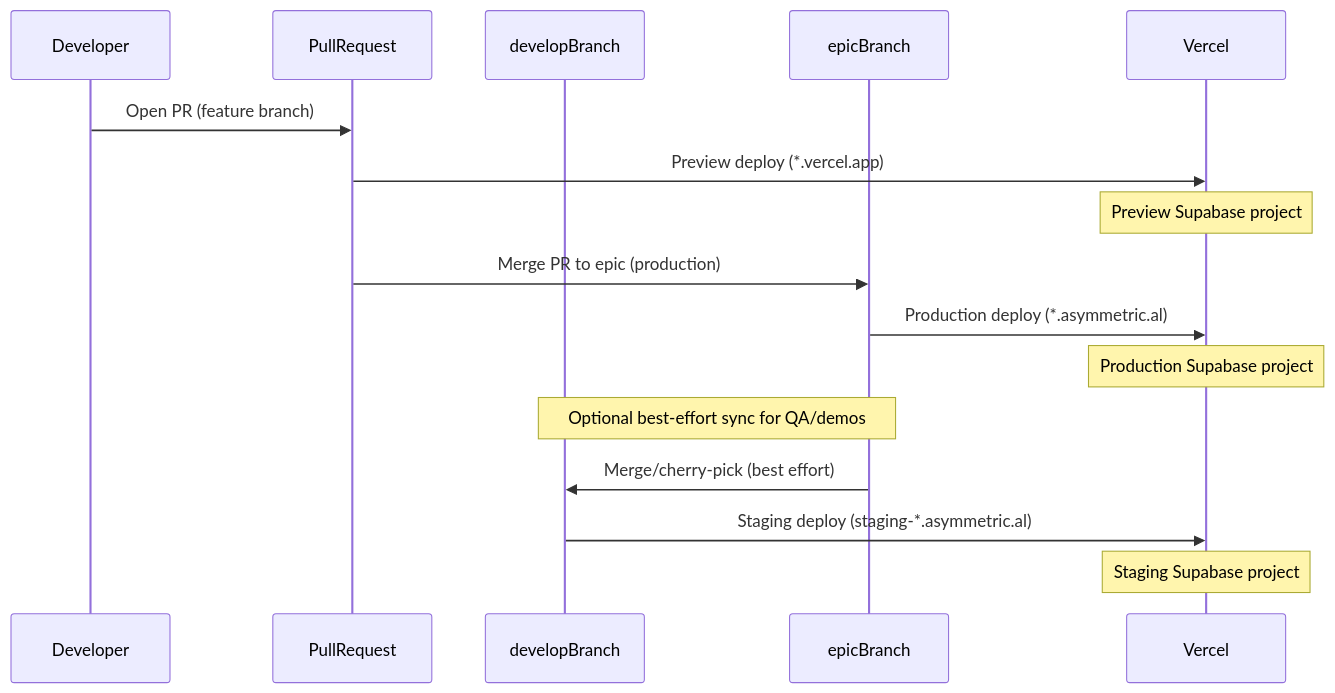
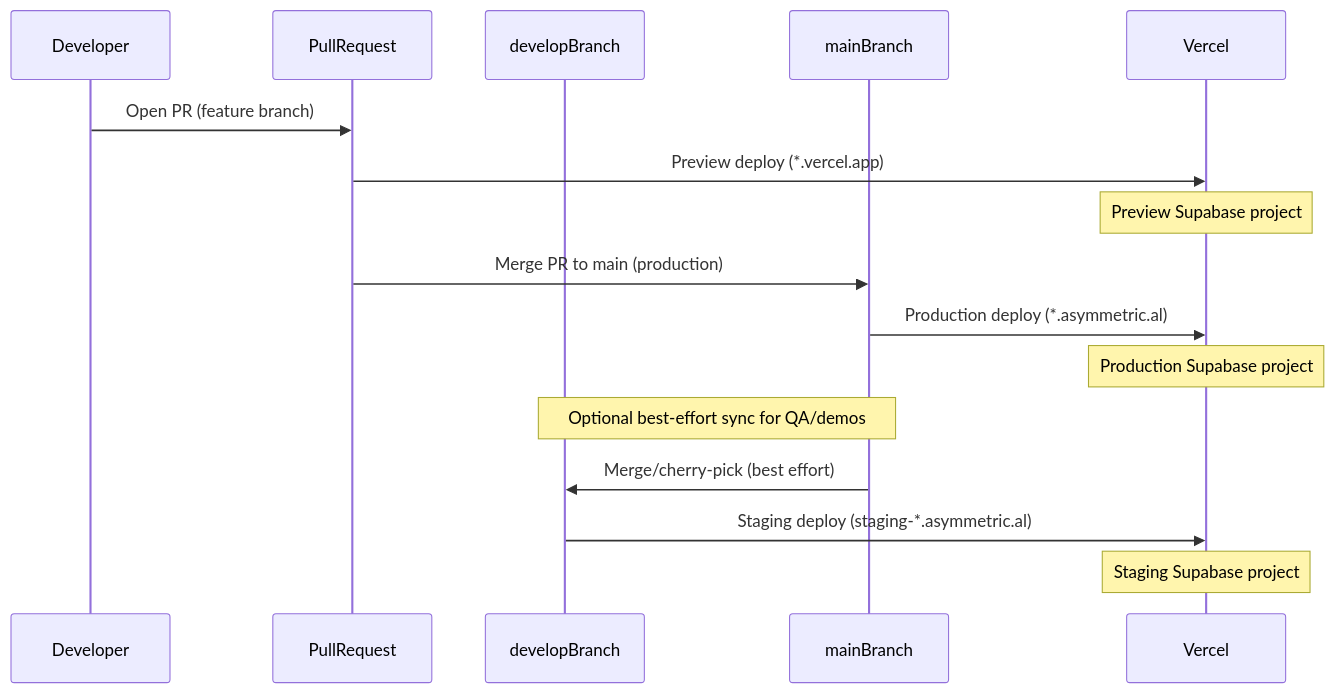
Before and after one commit to Asymmetric-al/core: the diagram in docs/ops/environments.md, drawn with Mermaid. The commit also changed other lines of this file and 15 other files, not shown here.

Commit message:
Fix Vercel production deployment path

````diff
--- a/docs/ops/environments.md
+++ b/docs/ops/environments.md
@@ -159,21 +209,21 @@
 ```mermaid
 sequenceDiagram
     participant Dev as Developer
     participant PR as PullRequest
     participant Develop as developBranch
-    participant Epic as epicBranch
+    participant Main as mainBranch
     participant Vercel as Vercel
 
     Dev->>PR: Open PR (feature branch)
     PR->>Vercel: Preview deploy (*.vercel.app)
     Note over Vercel: Preview Supabase project
 
-    PR->>Epic: Merge PR to epic (production)
-    Epic->>Vercel: Production deploy (*.asymmetric.al)
+    PR->>Main: Merge PR to main (production)
+    Main->>Vercel: Production deploy (*.asymmetric.al)
     Note over Vercel: Production Supabase project
 
-    Note over Epic,Develop: Optional best-effort sync for QA/demos
-    Epic->>Develop: Merge/cherry-pick (best effort)
+    Note over Main,Develop: Optional best-effort sync for QA/demos
+    Main->>Develop: Merge/cherry-pick (best effort)
     Develop->>Vercel: Staging deploy (staging-*.asymmetric.al)
     Note over Vercel: Staging Supabase project
 ```
````
